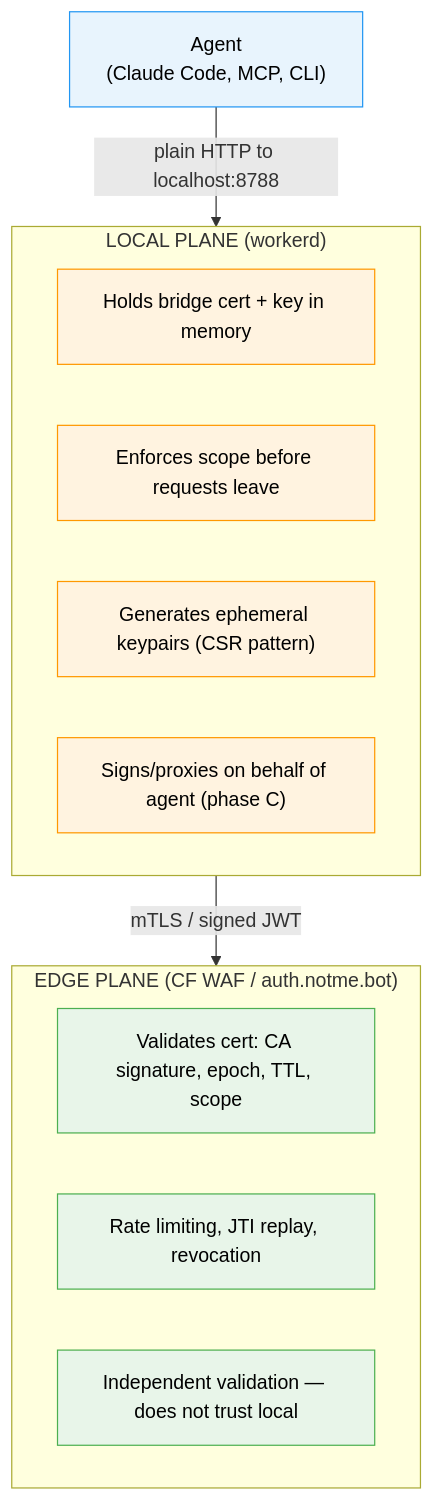
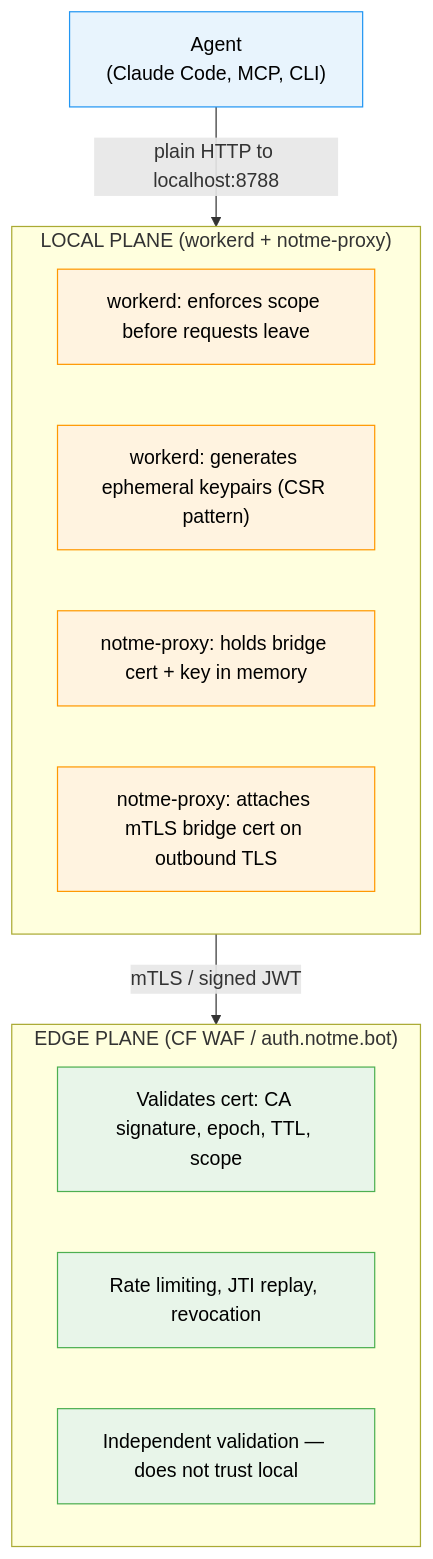
One commit to agentic-research/notme changed the first of 2 diagrams in docs/design/007-secretless-local-proxy.md. Above: the diagram before and after it, drawn with Mermaid. The commit also changed other lines of this file, not shown here.

First line of the commit message:
docs: 007 — mark proxy as Phase C partial (notme-proxy crate landed)

````diff
--- a/docs/design/007-secretless-local-proxy.md
+++ b/docs/design/007-secretless-local-proxy.md
@@ -40,28 +40,28 @@
 ```mermaid
 graph TD
     A["Agent<br/>(Claude Code, MCP, CLI)"]
 
-    subgraph LOCAL["LOCAL PLANE (workerd)"]
-        L1["Holds bridge cert + key in memory"]
-        L2["Enforces scope before requests leave"]
-        L3["Generates ephemeral keypairs (CSR pattern)"]
-        L4["Signs/proxies on behalf of agent (phase C)"]
+    subgraph LOCAL["LOCAL PLANE (workerd + notme-proxy)"]
+        L1["workerd: enforces scope before requests leave"]
+        L2["workerd: generates ephemeral keypairs (CSR pattern)"]
+        L3["notme-proxy: holds bridge cert + key in memory"]
+        L4["notme-proxy: attaches mTLS bridge cert on outbound TLS"]
     end
 
     subgraph EDGE["EDGE PLANE (CF WAF / auth.notme.bot)"]
         E1["Validates cert: CA signature, epoch, TTL, scope"]
         E2["Rate limiting, JTI replay, revocation"]
         E3["Independent validation — does not trust local"]
     end
 
     A -->|"plain HTTP to localhost:8788"| LOCAL
     LOCAL -->|"mTLS / signed JWT"| EDGE
 
     classDef agent fill:#e8f4fd,stroke:#2196F3,color:#000
     classDef local fill:#fff3e0,stroke:#FF9800,color:#000
     classDef edge fill:#e8f5e9,stroke:#4CAF50,color:#000
 
     class A agent
     class L1,L2,L3,L4 local
     class E1,E2,E3 edge
 ```
````
